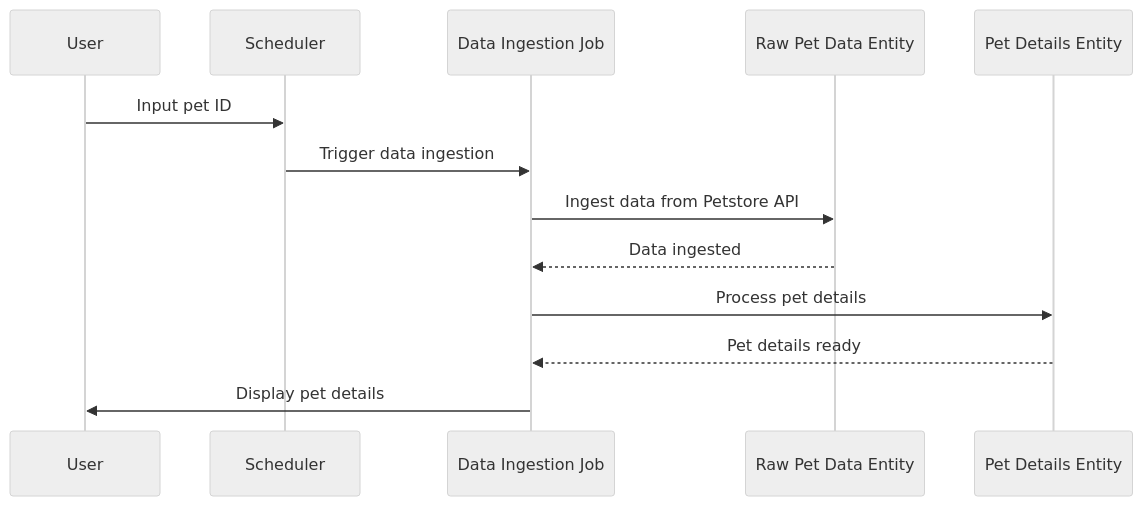
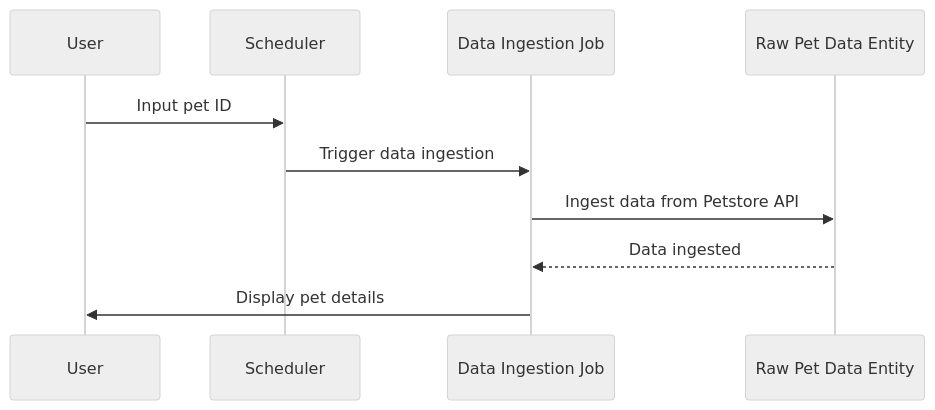
Before and after one commit to Ksenniya/quart-client-template: the second of 3 diagrams in entity/app_design_prd.md, drawn with Mermaid (neutral theme). The commit also changed other lines of this file, not shown here.

Commit message:
saved entity/app_design_prd.md: f1fa62fb-dd02-11ef-82f5-40c2ba0ac9eb

````diff
--- a/entity/app_design_prd.md
+++ b/entity/app_design_prd.md
@@ -43,16 +43,13 @@
 ```mermaid
 sequenceDiagram
     participant User
     participant Scheduler
     participant Data Ingestion Job
     participant Raw Pet Data Entity
-    participant Pet Details Entity
 
     User->>Scheduler: Input pet ID
     Scheduler->>Data Ingestion Job: Trigger data ingestion
     Data Ingestion Job->>Raw Pet Data Entity: Ingest data from Petstore API
     Raw Pet Data Entity-->>Data Ingestion Job: Data ingested
-    Data Ingestion Job->>Pet Details Entity: Process pet details
-    Pet Details Entity-->>Data Ingestion Job: Pet details ready
     Data Ingestion Job->>User: Display pet details
 ```
````
